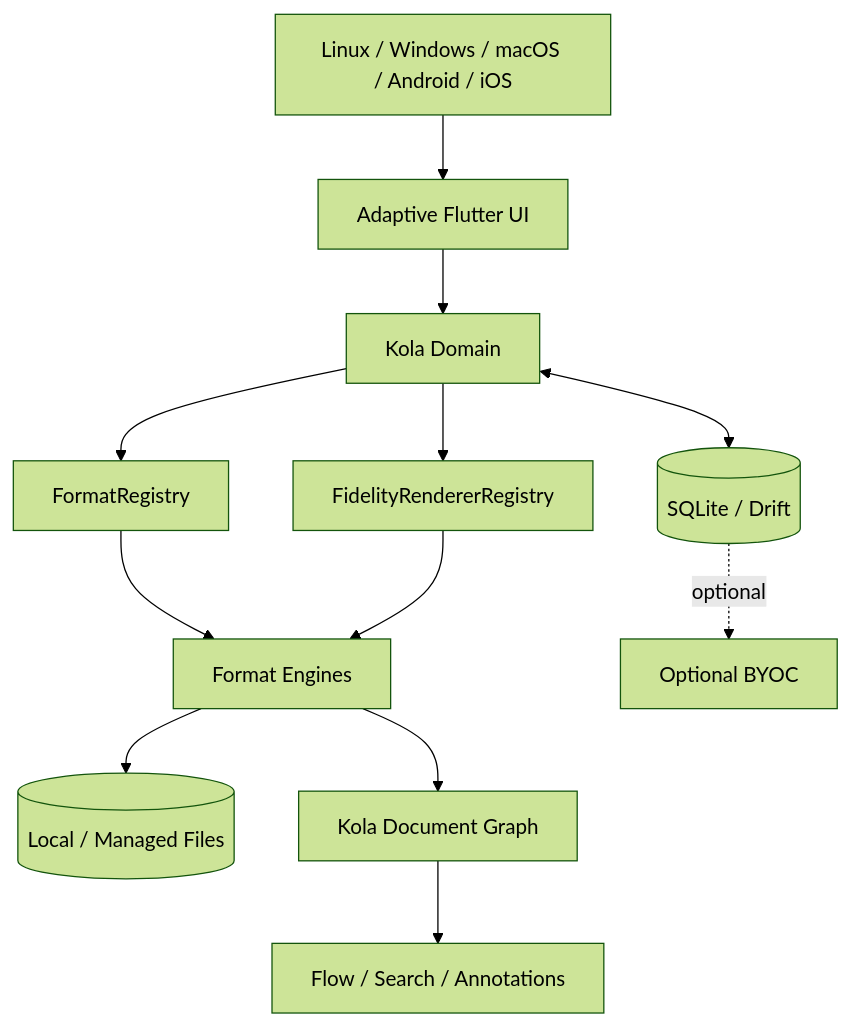
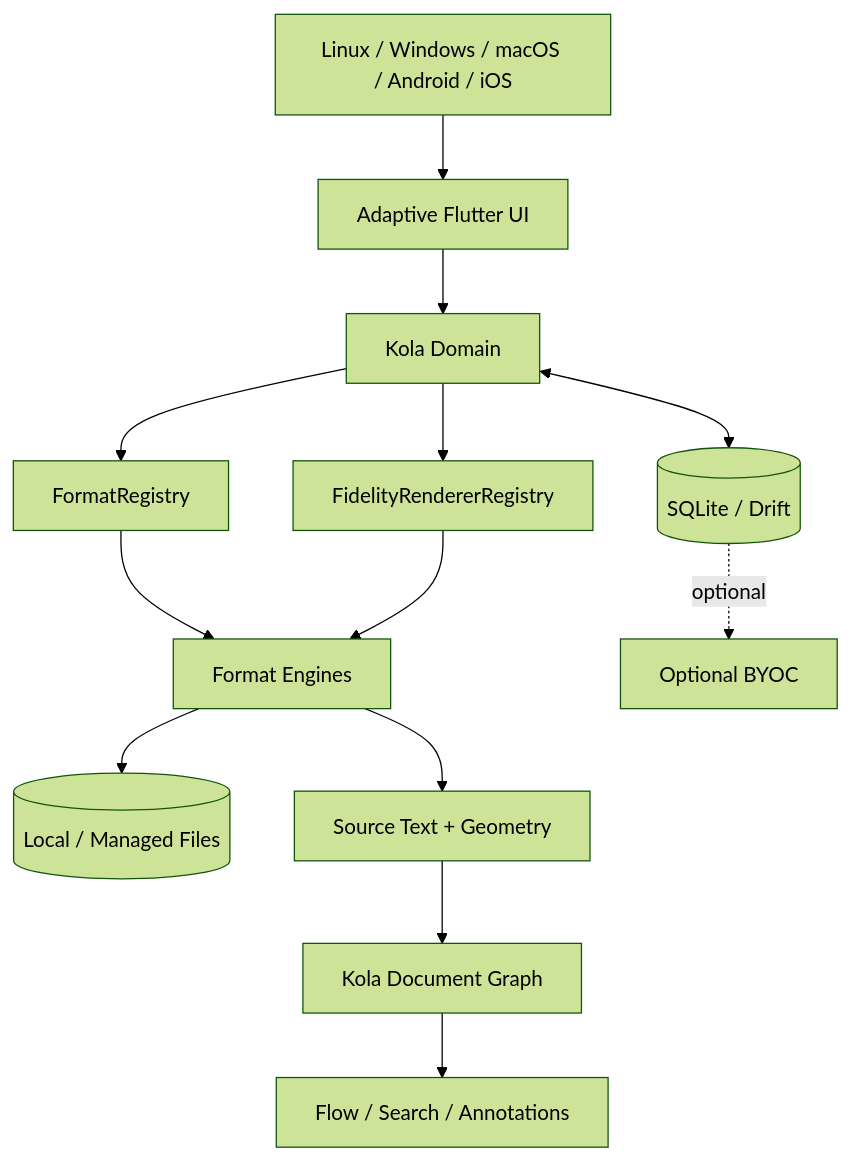
One commit to aaditya140103/kola changed the first of 12 diagrams in docs/PROJECT_GRAPH.md. Above: the diagram before and after it, drawn with Mermaid (forest theme). The commit also changed other lines of this file, not shown here.

Commit message:
docs: add PDF text extraction pipeline

````diff
--- a/docs/PROJECT_GRAPH.md
+++ b/docs/PROJECT_GRAPH.md
@@ -7,21 +7,22 @@
 ```mermaid
 flowchart TD
     OS[Linux / Windows / macOS / Android / iOS]
     UI[Adaptive Flutter UI]
     Domain[Kola Domain]
     DB[(SQLite / Drift)]
     Files[(Local / Managed Files)]
     Format[FormatRegistry]
     Fidelity[FidelityRendererRegistry]
     Engines[Format Engines]
+    Text[Source Text + Geometry]
     KDG[Kola Document Graph]
     Flow[Flow / Search / Annotations]
     Sync[Optional BYOC]
 
     OS --> UI --> Domain
     Domain <--> DB
     Domain --> Format --> Engines --> Files
     Domain --> Fidelity --> Engines
-    Engines --> KDG --> Flow
+    Engines --> Text --> KDG --> Flow
     DB -. optional .-> Sync
 ```
````
